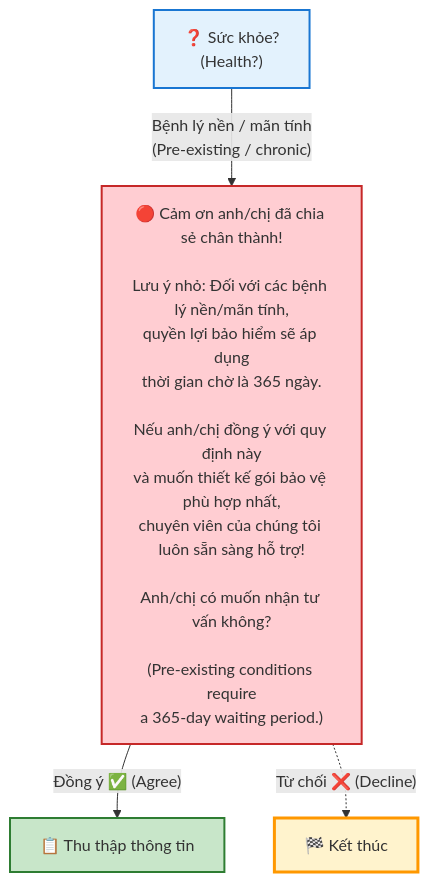
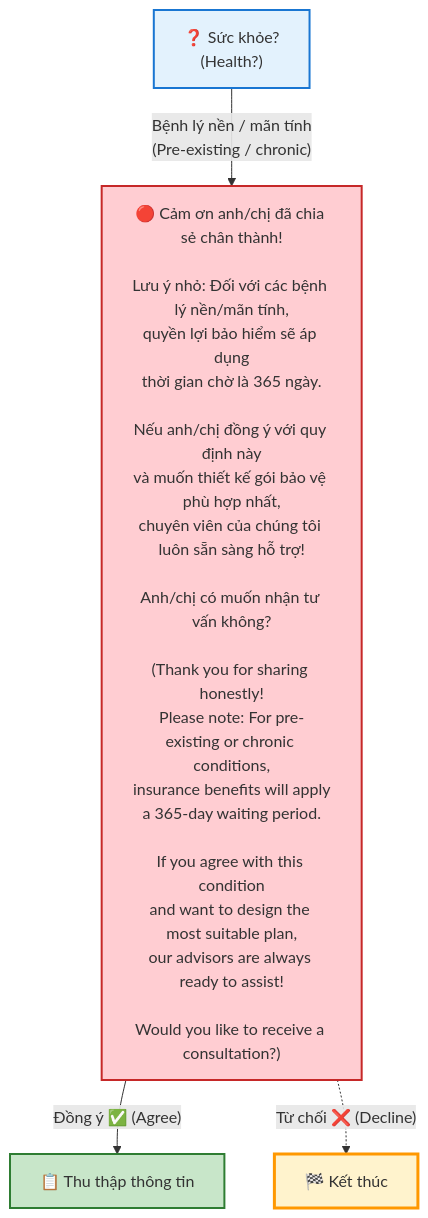
One commit to cafechungkhoan/ALCV_Automation changed the sixth of 7 diagrams in Conditional Form Workflow.md. Above: the diagram before and after it, drawn with Mermaid. The commit also changed other lines of this file, not shown here.

````diff
--- a/Conditional Form Workflow.md
+++ b/Conditional Form Workflow.md
@@ -140,12 +174,12 @@
 ```mermaid
 graph TD
-    Q3["❓ Sức khỏe?<br/>(Health?)"]:::question -->|"Bệnh lý nền / mãn tính<br/>(Pre-existing / chronic)"| NOTICE["🔴 Cảm ơn anh/chị đã chia sẻ chân thành!<br/><br/>Lưu ý nhỏ: Đối với các bệnh lý nền/mãn tính,<br/>quyền lợi bảo hiểm sẽ áp dụng<br/>thời gian chờ là 365 ngày.<br/><br/>Nếu anh/chị đồng ý với quy định này<br/>và muốn thiết kế gói bảo vệ phù hợp nhất,<br/>chuyên viên của chúng tôi luôn sẵn sàng hỗ trợ!<br/><br/>Anh/chị có muốn nhận tư vấn không?<br/><br/>(Pre-existing conditions require<br/>a 365-day waiting period.)"]:::rejected
+    Q3["❓ Sức khỏe?<br/>(Health?)"]:::question -->|"Bệnh lý nền / mãn tính<br/>(Pre-existing / chronic)"| NOTICE["🔴 Cảm ơn anh/chị đã chia sẻ chân thành!<br/><br/>Lưu ý nhỏ: Đối với các bệnh lý nền/mãn tính,<br/>quyền lợi bảo hiểm sẽ áp dụng<br/>thời gian chờ là 365 ngày.<br/><br/>Nếu anh/chị đồng ý với quy định này<br/>và muốn thiết kế gói bảo vệ phù hợp nhất,<br/>chuyên viên của chúng tôi luôn sẵn sàng hỗ trợ!<br/><br/>Anh/chị có muốn nhận tư vấn không?<br/><br/>(Thank you for sharing honestly!<br/>Please note: For pre-existing or chronic conditions,<br/>insurance benefits will apply<br/>a 365-day waiting period.<br/><br/>If you agree with this condition<br/>and want to design the most suitable plan,<br/>our advisors are always ready to assist!<br/><br/>Would you like to receive a consultation?)"]:::rejected
 
     NOTICE -->|"Đồng ý ✅ (Agree)"| COLLECT["📋 Thu thập thông tin"]:::happy
     NOTICE -.->|"Từ chối ❌ (Decline)"| END_NODE["🏁 Kết thúc"]:::start
 
     classDef question fill:#e3f2fd,stroke:#1976d2,stroke-width:2px,color:#333
     classDef rejected fill:#ffcdd2,stroke:#c62828,stroke-width:2px,color:#333
     classDef happy fill:#c8e6c9,stroke:#2e7d32,stroke-width:2px,color:#333
     classDef start fill:#fff3cd,stroke:#ff9800,stroke-width:3px,color:#333
 ```
````
